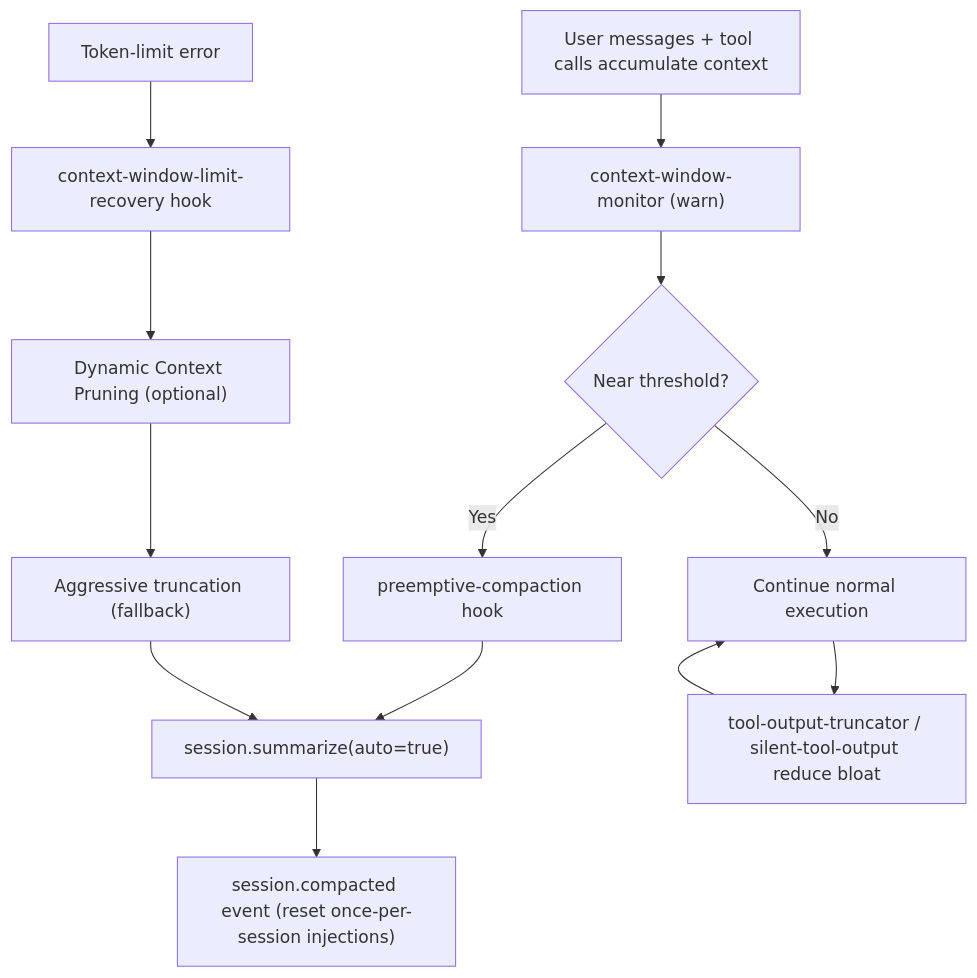
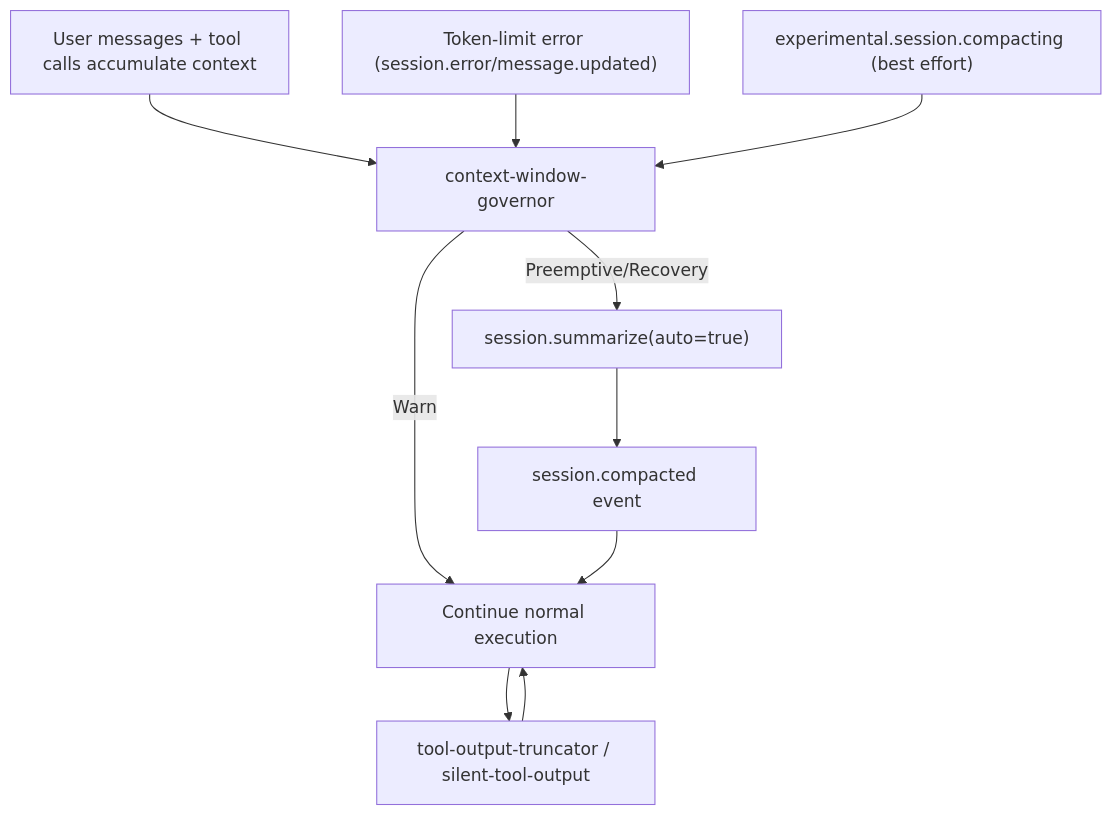
Before and after one commit to arcthur/oh-my-opencode: the diagram in docs/journeys/context-window-management.md, drawn with Mermaid. The commit also changed other lines of this file and 61 other files, not shown here.

First line of the commit message:
refactor(hooks): unify context window governance under governor

````diff
--- a/docs/journeys/context-window-management.md
+++ b/docs/journeys/context-window-management.md
@@ -10,17 +16,14 @@
 ```mermaid
 flowchart TD
-  U["User messages + tool calls accumulate context"] --> M["context-window-monitor (warn)"]
-  M --> P{"Near threshold?"}
-  P -->|Yes| PC["preemptive-compaction hook"]
-  PC --> SUM["session.summarize(auto=true)"]
-  SUM --> SC["session.compacted event (reset once-per-session injections)"]
-  P -->|No| TOOL["Continue normal execution"]
+  U["User messages + tool calls accumulate context"] --> GOV["context-window-governor"]
+  GOV -->|Warn| TOOL["Continue normal execution"]
+  GOV -->|Preemptive/Recovery| SUM["session.summarize(auto=true)"]
+  SUM --> EVT["session.compacted event"]
+  EVT --> TOOL
 
-  ERR["Token-limit error"] --> REC["context-window-limit-recovery hook"]
-  REC --> DCP["Dynamic Context Pruning (optional)"]
-  DCP --> TRUNC["Aggressive truncation (fallback)"]
-  TRUNC --> SUM
+  TOOL --> OUT["tool-output-truncator / silent-tool-output"]
+  OUT --> TOOL
 
-  TOOL --> OUT["tool-output-truncator / silent-tool-output reduce bloat"]
-  OUT --> TOOL
+  ERR["Token-limit error (session.error/message.updated)"] --> GOV
+  COMPACT["experimental.session.compacting (best effort)"] --> GOV
 ```
````
